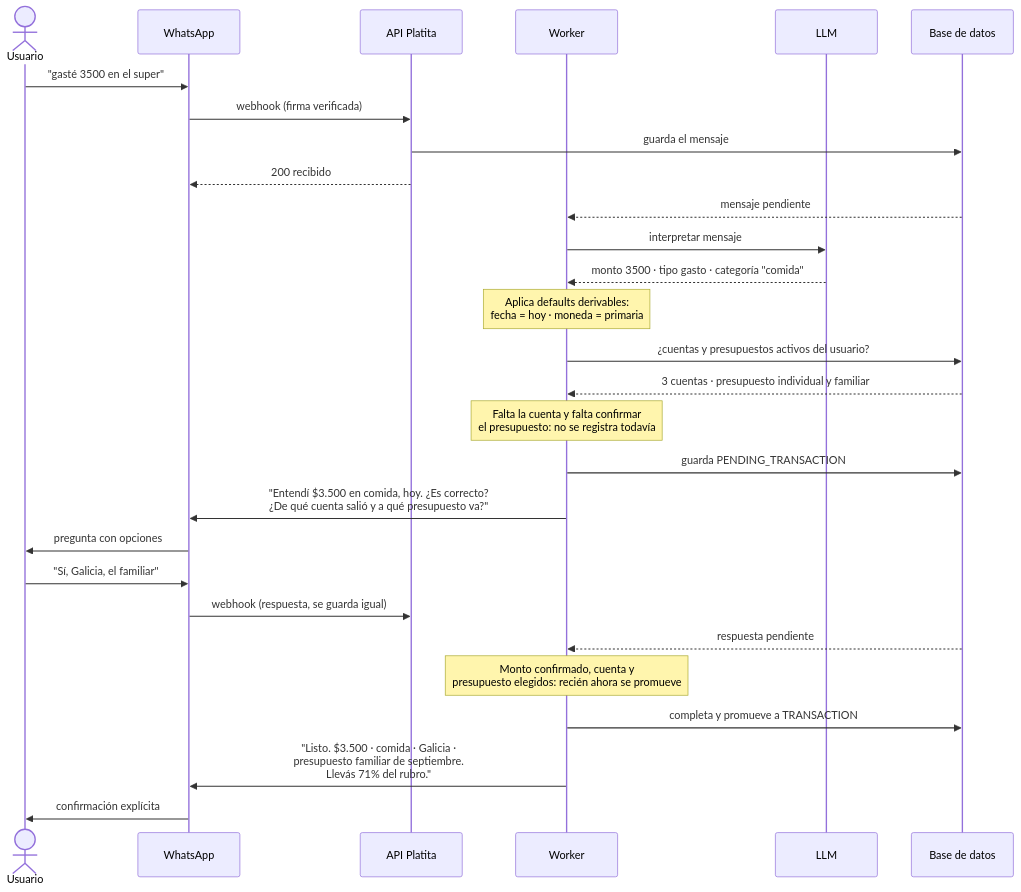
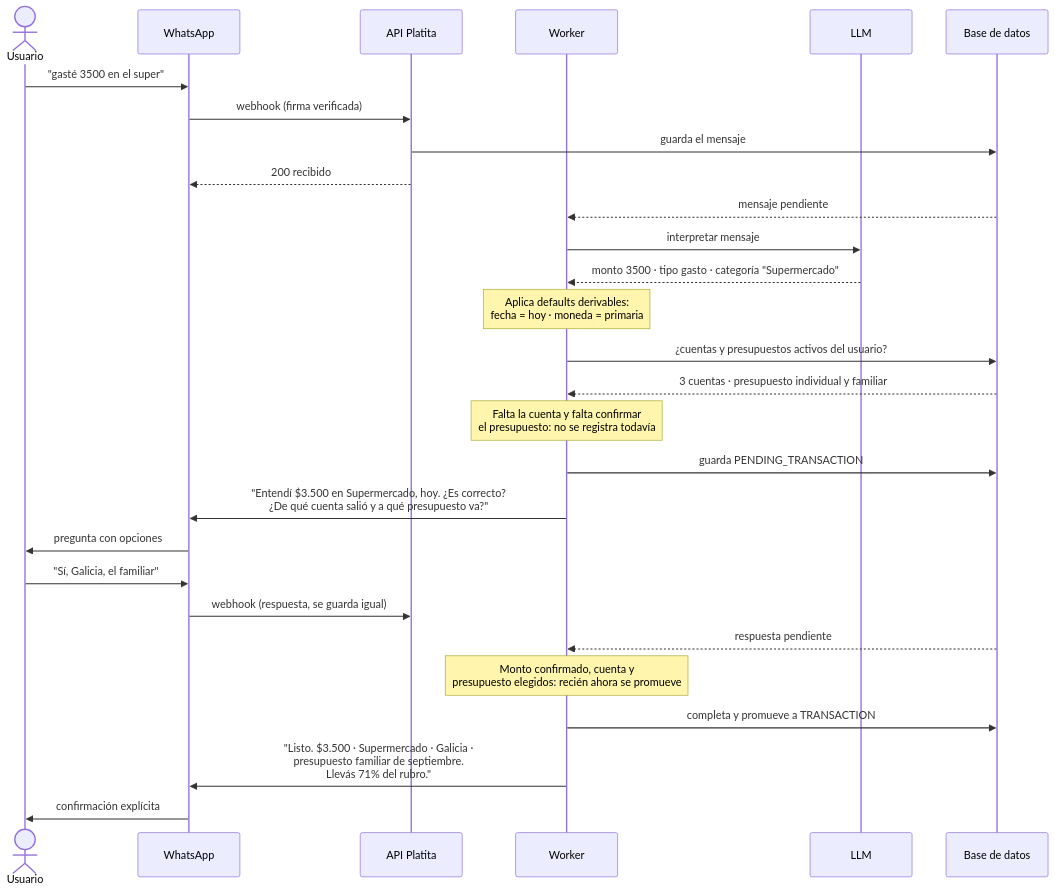
The diagram in docs/01-producto.md (verozacarias-prog/AI4Devs-finalproject), drawn with Mermaid before and after one commit. The commit also changed 5 other files, not shown here.

````diff
--- a/docs/01-producto.md
+++ b/docs/01-producto.md
@@ -50,31 +50,31 @@
 ```mermaid
 sequenceDiagram
     actor U as Usuario
     participant WA as WhatsApp
     participant API as API Platita
     participant W as Worker
     participant LLM as LLM
     participant DB as Base de datos
 
     U->>WA: "gasté 3500 en el super"
     WA->>API: webhook (firma verificada)
     API->>DB: guarda el mensaje
     API-->>WA: 200 recibido
     DB-->>W: mensaje pendiente
     W->>LLM: interpretar mensaje
-    LLM-->>W: monto 3500 · tipo gasto · categoría "comida"
+    LLM-->>W: monto 3500 · tipo gasto · categoría "Supermercado"
     Note over W: Aplica defaults derivables:<br/>fecha = hoy · moneda = primaria
     W->>DB: ¿cuentas y presupuestos activos del usuario?
     DB-->>W: 3 cuentas · presupuesto individual y familiar
     Note over W: Falta la cuenta y falta confirmar<br/>el presupuesto: no se registra todavía
     W->>DB: guarda PENDING_TRANSACTION
-    W->>WA: "Entendí $3.500 en comida, hoy. ¿Es correcto?<br/>¿De qué cuenta salió y a qué presupuesto va?"
+    W->>WA: "Entendí $3.500 en Supermercado, hoy. ¿Es correcto?<br/>¿De qué cuenta salió y a qué presupuesto va?"
     WA->>U: pregunta con opciones
     U->>WA: "Sí, Galicia, el familiar"
     WA->>API: webhook (respuesta, se guarda igual)
     DB-->>W: respuesta pendiente
     Note over W: Monto confirmado, cuenta y<br/>presupuesto elegidos: recién ahora se promueve
     W->>DB: completa y promueve a TRANSACTION
-    W->>WA: "Listo. $3.500 · comida · Galicia ·<br/>presupuesto familiar de septiembre.<br/>Llevás 71% del rubro."
+    W->>WA: "Listo. $3.500 · Supermercado · Galicia ·<br/>presupuesto familiar de septiembre.<br/>Llevás 71% del rubro."
     WA->>U: confirmación explícita
 ```
````
